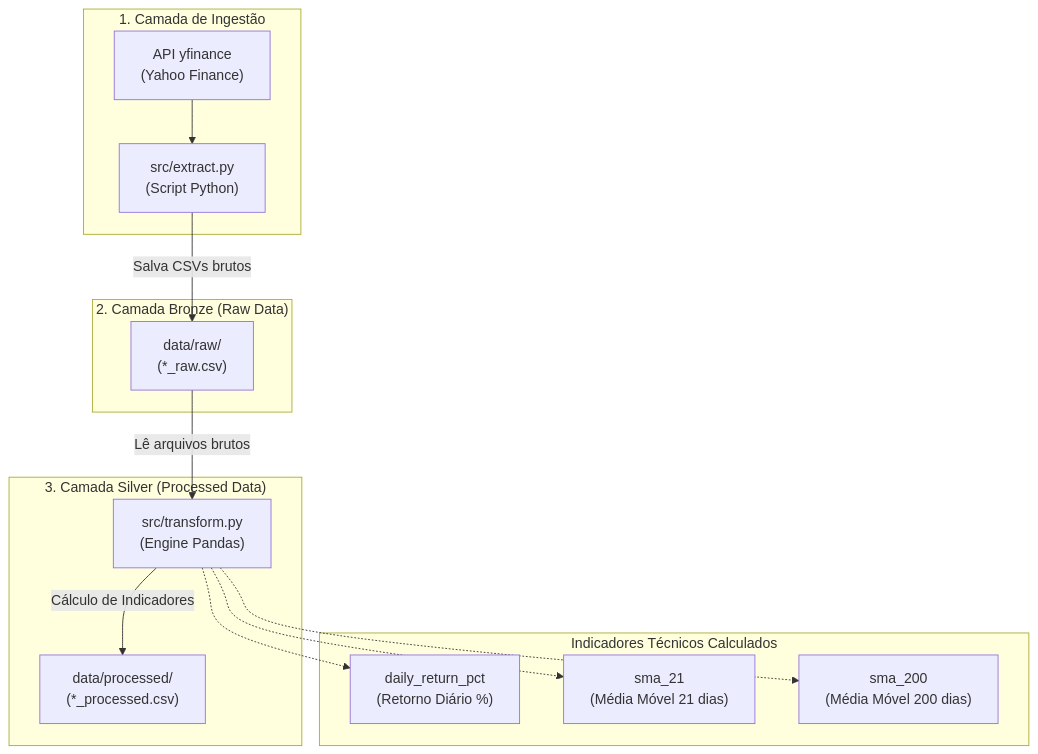
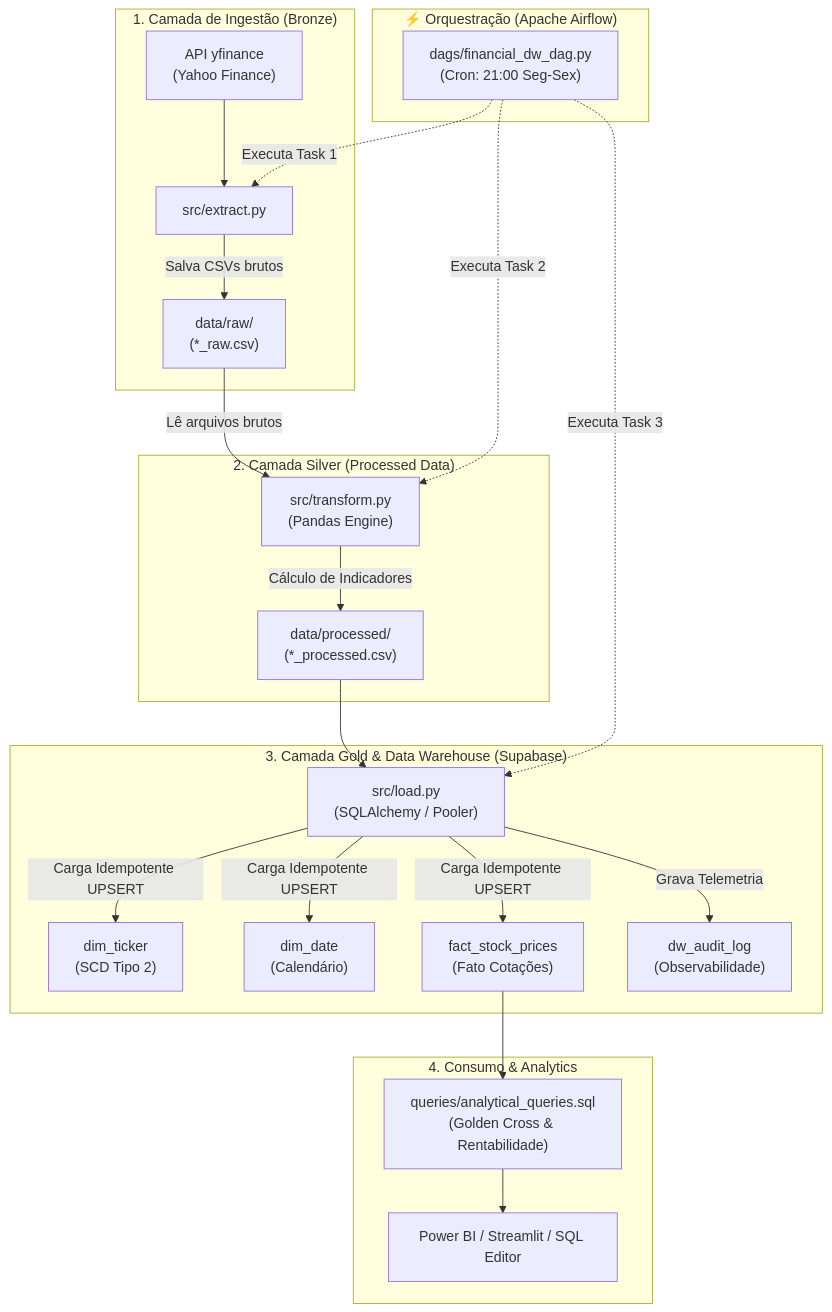
One commit to loweri/financial-etl-pipeline changed the first of 2 diagrams in README.md. Above: the diagram before and after it, drawn with Mermaid. The commit also changed other lines of this file, not shown here.

Commit message:
docs: atualiza README com arquitetura end-to-end completa, Supabase DW, Airflow DAG e SQL Analytics

````diff
--- a/README.md
+++ b/README.md
@@ -12,29 +12,46 @@
 ```mermaid
 flowchart TD
-    subgraph Ingestao ["1. Camada de Ingestão"]
-        API["API yfinance\n(Yahoo Finance)"]
-        PY_EXT["src/extract.py\n(Script Python)"]
-        API --> PY_EXT
+    subgraph Orquestracao ["⚡ Orquestração (Apache Airflow)"]
+        DAG["dags/financial_dw_dag.py\n(Cron: 21:00 Seg-Sex)"]
     end
 
-    subgraph Bronze ["2. Camada Bronze (Raw Data)"]
+    subgraph Ingestao ["1. Camada de Ingestão (Bronze)"]
+        API["API yfinance\n(Yahoo Finance)"]
+        PY_EXT["src/extract.py"]
         RAW["data/raw/\n(*_raw.csv)"]
+        API --> PY_EXT
         PY_EXT -->|Salva CSVs brutos| RAW
     end
 
-    subgraph Silver ["3. Camada Silver (Processed Data)"]
-        PY_TRF["src/transform.py\n(Engine Pandas)"]
+    subgraph Silver ["2. Camada Silver (Processed Data)"]
+        PY_TRF["src/transform.py\n(Pandas Engine)"]
         PROC["data/processed/\n(*_processed.csv)"]
         RAW -->|Lê arquivos brutos| PY_TRF
         PY_TRF -->|Cálculo de Indicadores| PROC
     end
 
-    subgraph Indicadores ["Indicadores Técnicos Calculados"]
-        IND1["daily_return_pct\n(Retorno Diário %)"]
-        IND2["sma_21\n(Média Móvel 21 dias)"]
-        IND3["sma_200\n(Média Móvel 200 dias)"]
-        PY_TRF -.-> IND1
-        PY_TRF -.-> IND2
-        PY_TRF -.-> IND3
+    subgraph Gold ["3. Camada Gold & Data Warehouse (Supabase)"]
+        PY_LOAD["src/load.py\n(SQLAlchemy / Pooler)"]
+        DW_DIM_T["dim_ticker\n(SCD Tipo 2)"]
+        DW_DIM_D["dim_date\n(Calendário)"]
+        DW_FACT["fact_stock_prices\n(Fato Cotações)"]
+        DW_LOG["dw_audit_log\n(Observabilidade)"]
+
+        PROC --> PY_LOAD
+        PY_LOAD -->|Carga Idempotente UPSERT| DW_DIM_T
+        PY_LOAD -->|Carga Idempotente UPSERT| DW_DIM_D
+        PY_LOAD -->|Carga Idempotente UPSERT| DW_FACT
+        PY_LOAD -->|Grava Telemetria| DW_LOG
     end
+
+    subgraph Consumo ["4. Consumo & Analytics"]
+        SQL_ANALYTICS["queries/analytical_queries.sql\n(Golden Cross & Rentabilidade)"]
+        BI["Power BI / Streamlit / SQL Editor"]
+        DW_FACT --> SQL_ANALYTICS
+        SQL_ANALYTICS --> BI
+    end
+
+    DAG -.->|Executa Task 1| PY_EXT
+    DAG -.->|Executa Task 2| PY_TRF
+    DAG -.->|Executa Task 3| PY_LOAD
 ```
````
